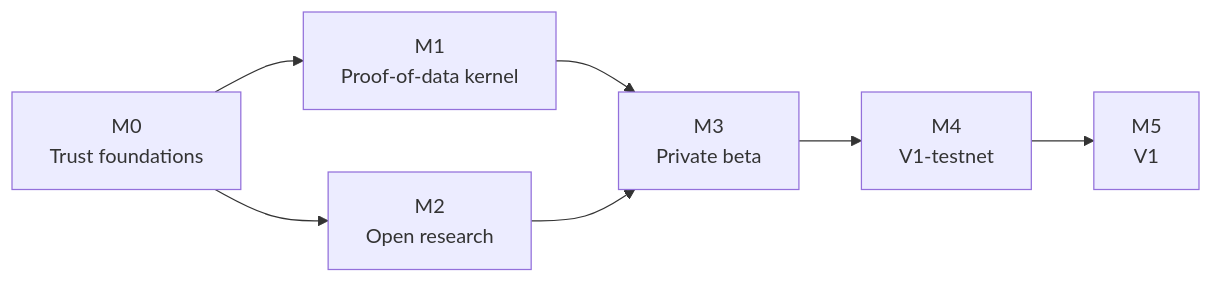
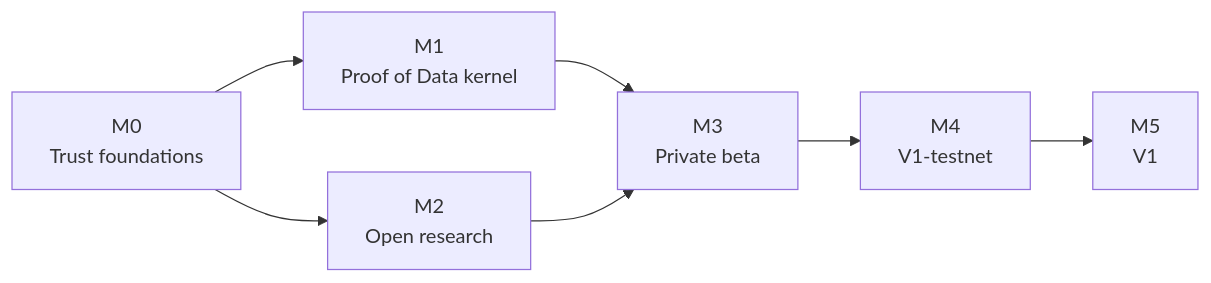
Before and after one commit to senexic/senex: the diagram in docs/roadmap.md, drawn with Mermaid. The commit also changed other lines of this file and 19 other files, not shown here.

````diff
--- a/docs/roadmap.md
+++ b/docs/roadmap.md
@@ -14,9 +16,9 @@
 ```mermaid
 flowchart LR
-  M0["M0<br/>Trust foundations"] --> M1["M1<br/>Proof-of-data kernel"]
+  M0["M0<br/>Trust foundations"] --> M1["M1<br/>Proof of Data kernel"]
   M0 --> M2["M2<br/>Open research"]
   M1 --> M3["M3<br/>Private beta"]
   M2 --> M3
   M3 --> M4["M4<br/>V1-testnet"]
   M4 --> M5["M5<br/>V1"]
 ```
````
